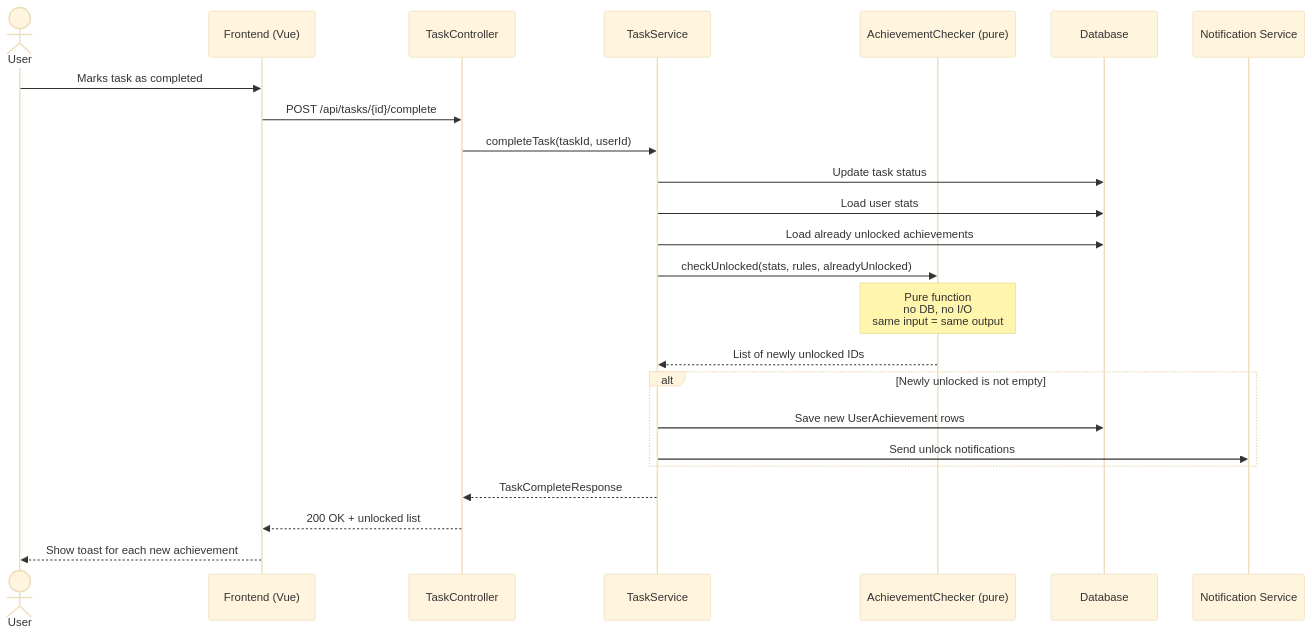
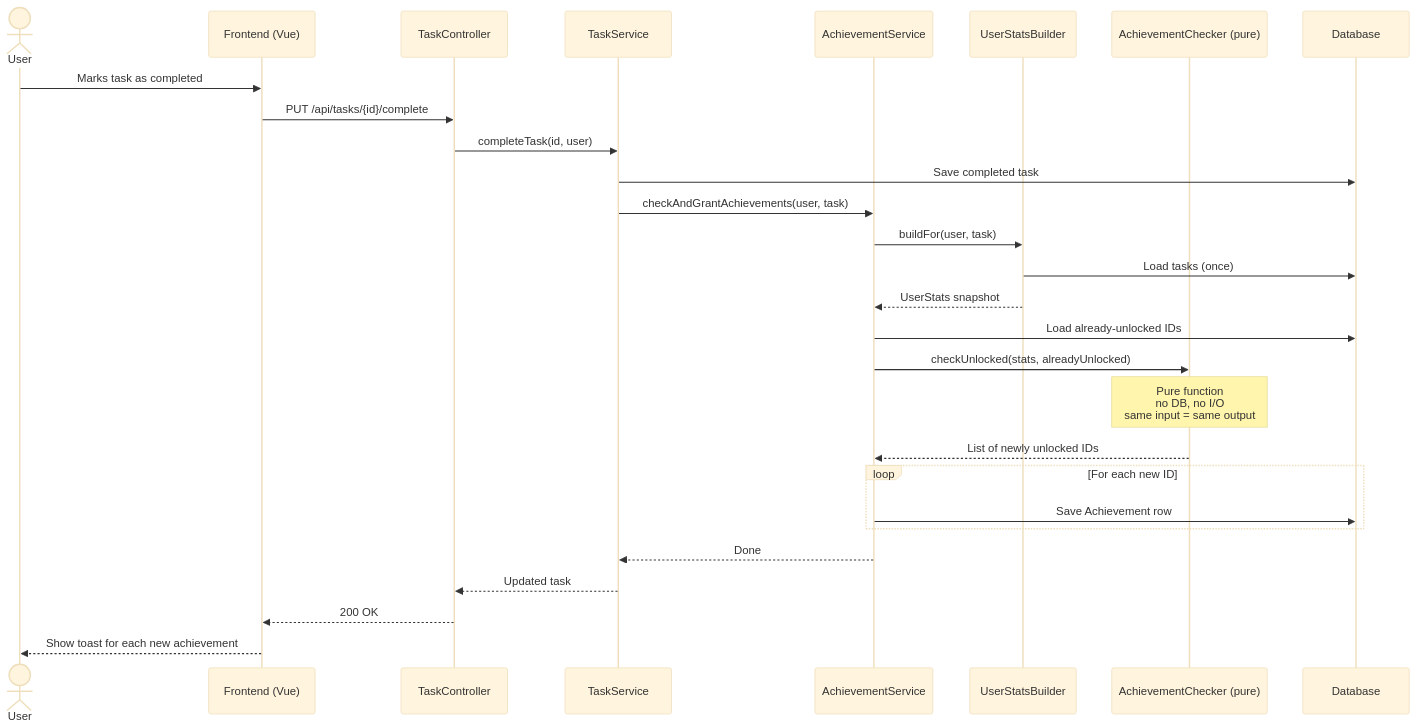
One commit to sokoluk-andrey/tsi-software-engineering changed the first of 3 diagrams in docs/architecture/flow_achievement_unlock.md. Above: the diagram before and after it, drawn with Mermaid (base theme). The commit also changed other lines of this file, not shown here.

Commit message:
Diagram updated

````diff
--- a/docs/architecture/flow_achievement_unlock.md
+++ b/docs/architecture/flow_achievement_unlock.md
@@ -9,27 +9,31 @@
 ```mermaid
 sequenceDiagram
     actor User
     participant FE as Frontend (Vue)
     participant API as TaskController
-    participant SVC as TaskService
+    participant TS as TaskService
+    participant AS as AchievementService
+    participant USB as UserStatsBuilder
     participant CHK as AchievementChecker (pure)
     participant DB as Database
-    participant NOTIF as Notification Service
 
     User->>FE: Marks task as completed
-    FE->>API: POST /api/tasks/{id}/complete
-    API->>SVC: completeTask(taskId, userId)
-    SVC->>DB: Update task status
-    SVC->>DB: Load user stats
-    SVC->>DB: Load already unlocked achievements
-    SVC->>CHK: checkUnlocked(stats, rules, alreadyUnlocked)
+    FE->>API: PUT /api/tasks/{id}/complete
+    API->>TS: completeTask(id, user)
+    TS->>DB: Save completed task
+    TS->>AS: checkAndGrantAchievements(user, task)
+    AS->>USB: buildFor(user, task)
+    USB->>DB: Load tasks (once)
+    USB-->>AS: UserStats snapshot
+    AS->>DB: Load already-unlocked IDs
+    AS->>CHK: checkUnlocked(stats, alreadyUnlocked)
     Note over CHK: Pure function<br/>no DB, no I/O<br/>same input = same output
-    CHK-->>SVC: List of newly unlocked IDs
-    alt Newly unlocked is not empty
-        SVC->>DB: Save new UserAchievement rows
-        SVC->>NOTIF: Send unlock notifications
+    CHK-->>AS: List of newly unlocked IDs
+    loop For each new ID
+        AS->>DB: Save Achievement row
     end
-    SVC-->>API: TaskCompleteResponse
-    API-->>FE: 200 OK + unlocked list
+    AS-->>TS: Done
+    TS-->>API: Updated task
+    API-->>FE: 200 OK
     FE-->>User: Show toast for each new achievement
 ```
````
